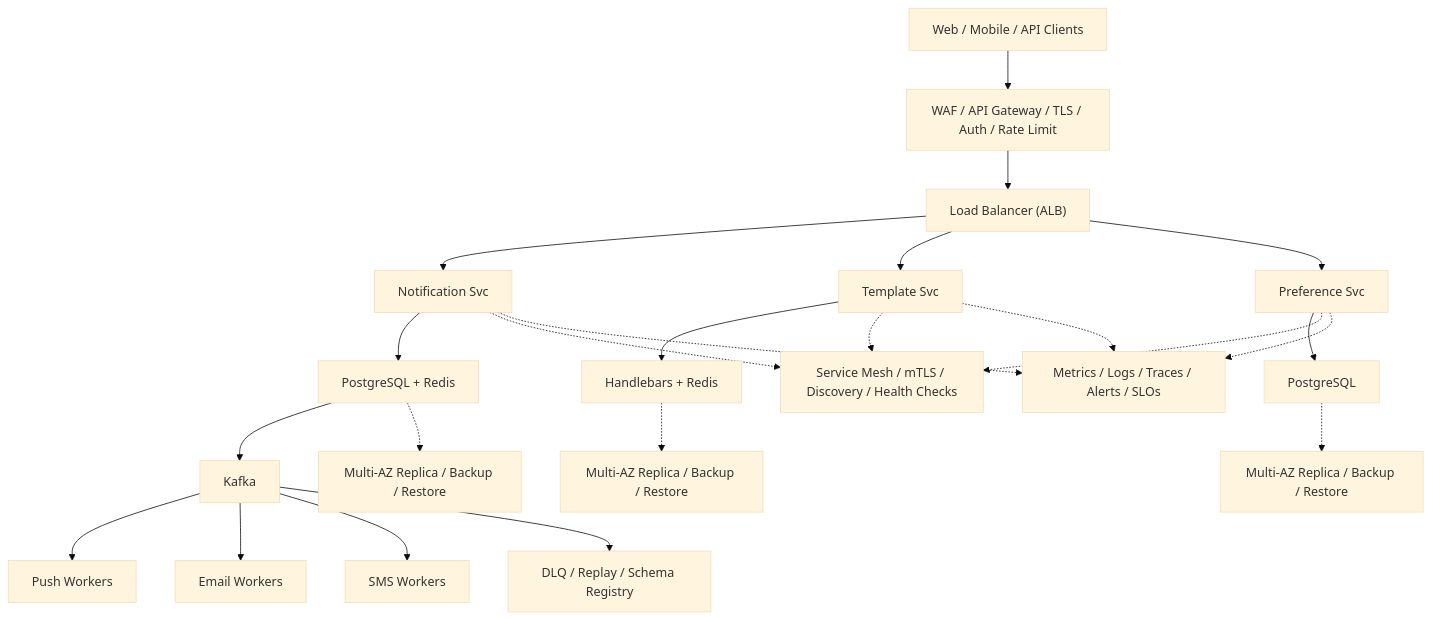
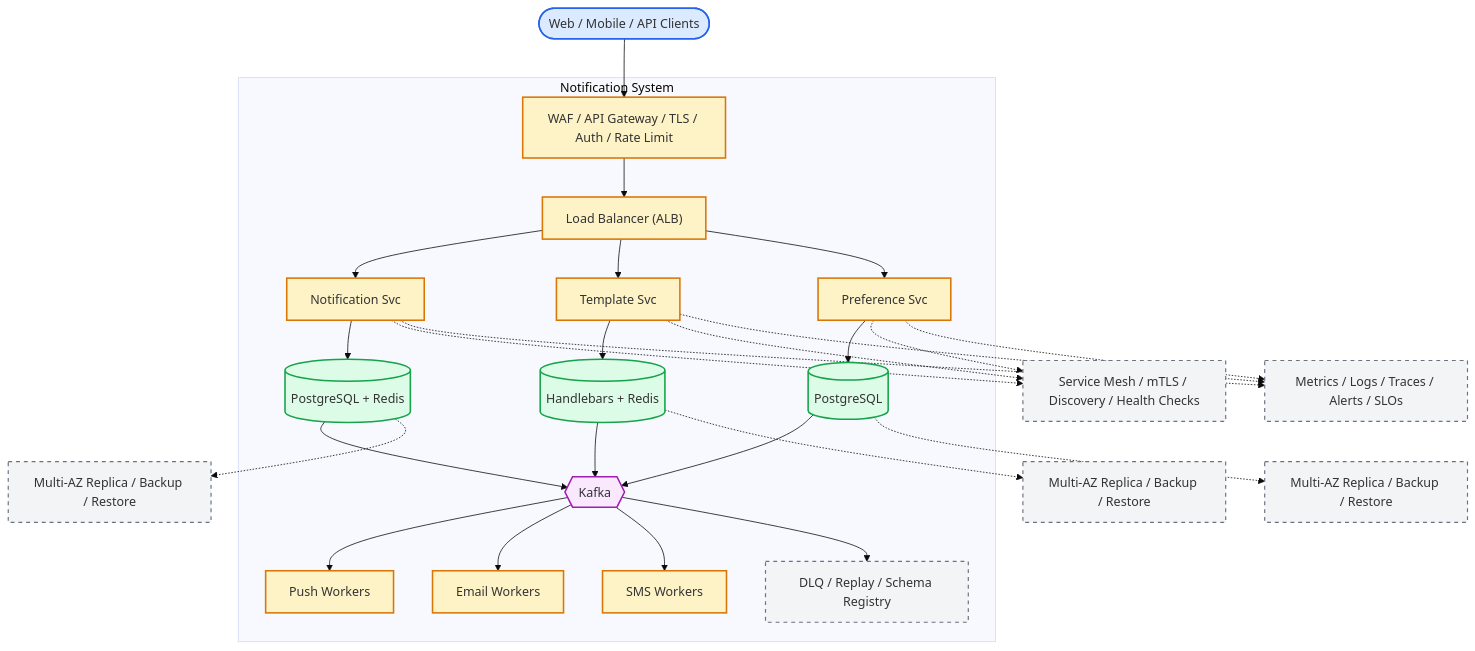
Before and after one commit to aishwary11/system-design: the diagram in system-design-notification-system.md, drawn with Mermaid (base theme). The commit also changed other lines of this file and 36 other files, not shown here.

First line of the commit message:
Standardize all diagrams on C4-style Mermaid template

````diff
--- a/system-design-notification-system.md
+++ b/system-design-notification-system.md
@@ -43,25 +43,65 @@
 ```mermaid
 flowchart TB
-    clients["Web / Mobile / API Clients"] --> edge["WAF / API Gateway / TLS / Auth / Rate Limit"]
-    edge --> lb["Load Balancer (ALB)"]
-    lb --> svc0["Notification Svc"]
-    lb --> svc1["Template Svc"]
-    lb --> svc2["Preference Svc"]
-    svc0 --> store0["PostgreSQL + Redis"]
-    svc1 --> store1["Handlebars + Redis"]
-    svc2 --> store2["PostgreSQL"]
-    store0 --> stream["Kafka"]
-    stream --> worker0["Push Workers"]
-    stream --> worker1["Email Workers"]
-    stream --> worker2["SMS Workers"]
-    svc0 -.-> platform["Service Mesh / mTLS / Discovery / Health Checks"]
-    svc1 -.-> platform
-    svc2 -.-> platform
-    store0 -.-> backup0["Multi-AZ Replica / Backup / Restore"]
-    store1 -.-> backup1["Multi-AZ Replica / Backup / Restore"]
-    store2 -.-> backup2["Multi-AZ Replica / Backup / Restore"]
-    stream --> dlq["DLQ / Replay / Schema Registry"]
-    svc0 -.-> ops["Metrics / Logs / Traces / Alerts / SLOs"]
+    %% Actors (people)
+    clients(["Web / Mobile / API Clients"])
+
+    %% System boundary - containers owned by the platform
+    subgraph platform["Notification System"]
+        edge["WAF / API Gateway / TLS / Auth / Rate Limit"]
+        lb["Load Balancer (ALB)"]
+        svc0["Notification Svc"]
+        svc1["Template Svc"]
+        svc2["Preference Svc"]
+        store0[("PostgreSQL + Redis")]
+        store1[("Handlebars + Redis")]
+        store2[("PostgreSQL")]
+        stream{{"Kafka"}}
+        worker0["Push Workers"]
+        worker1["Email Workers"]
+        worker2["SMS Workers"]
+        dlq["DLQ / Replay / Schema Registry"]
+    end
+
+    %% Cross-cutting control plane (dashed edges)
+    mesh["Service Mesh / mTLS / Discovery / Health Checks"]
+    ops["Metrics / Logs / Traces / Alerts / SLOs"]
+    backup0["Multi-AZ Replica / Backup / Restore"]
+    backup1["Multi-AZ Replica / Backup / Restore"]
+    backup2["Multi-AZ Replica / Backup / Restore"]
+
+    clients --> edge
+    edge --> lb
+    lb --> svc0
+    lb --> svc1
+    lb --> svc2
+    svc0 --> store0
+    svc1 --> store1
+    svc2 --> store2
+    store0 --> stream
+    store1 --> stream
+    store2 --> stream
+    stream --> worker0
+    stream --> worker1
+    stream --> worker2
+    stream --> dlq
+    svc0 -.-> mesh
+    svc1 -.-> mesh
+    svc2 -.-> mesh
+    svc0 -.-> ops
     svc1 -.-> ops
     svc2 -.-> ops
+    store0 -.-> backup0
+    store1 -.-> backup1
+    store2 -.-> backup2
+
+    classDef actor fill:#dbeafe,stroke:#2563eb,stroke-width:2px
+    classDef service fill:#fef3c7,stroke:#d97706,stroke-width:2px
+    classDef store fill:#dcfce7,stroke:#16a34a,stroke-width:2px
+    classDef broker fill:#fae8ff,stroke:#a21caf,stroke-width:2px
+    classDef control fill:#f3f4f6,stroke:#6b7280,stroke-width:1.5px,stroke-dasharray:5 5
+    class clients actor
+    class edge,lb,svc0,svc1,svc2,worker0,worker1,worker2 service
+    class store0,store1,store2 store
+    class stream broker
+    class dlq,mesh,ops,backup0,backup1,backup2 control
 ```
````
